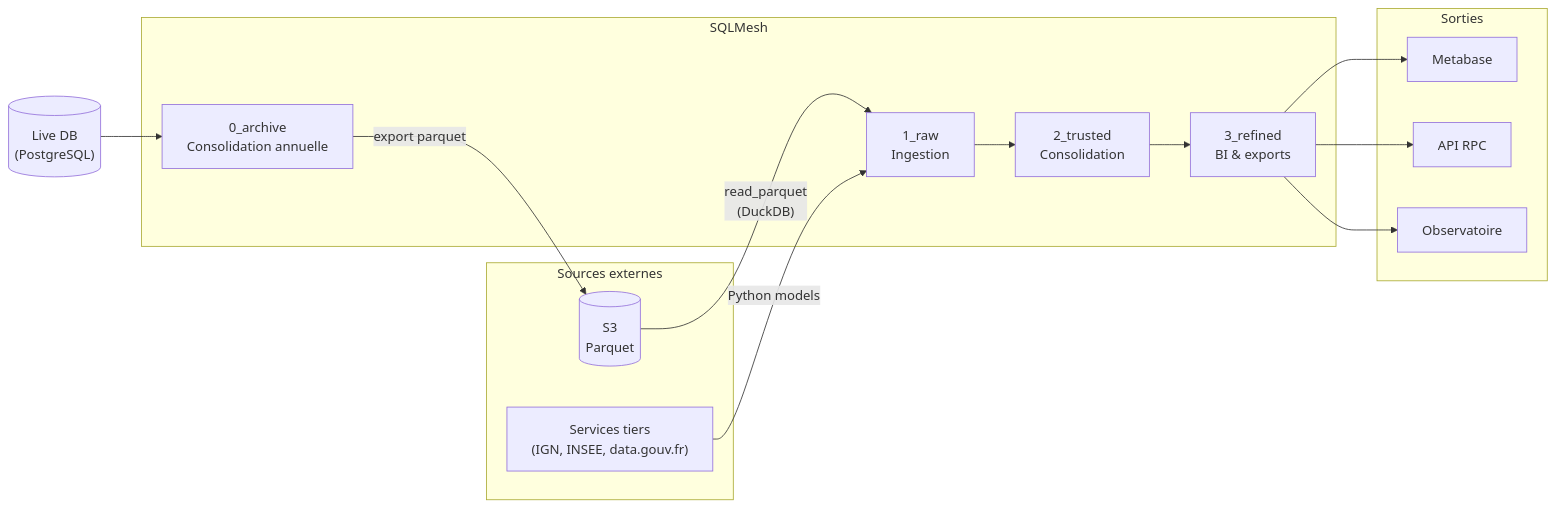
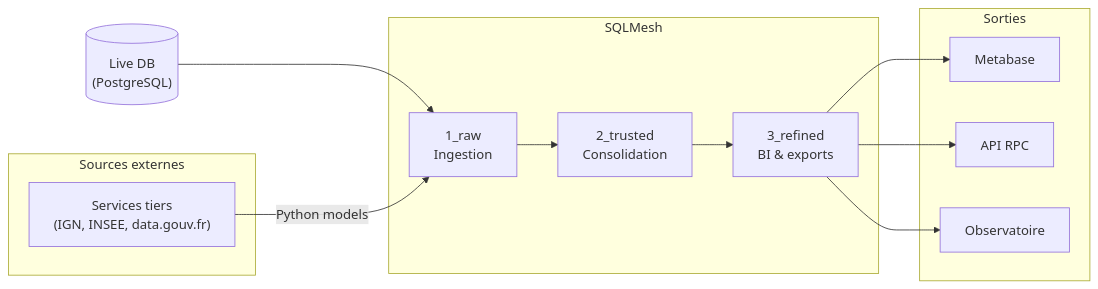
The diagram in sqlmesh/README.md (covoiturage-gouv-fr/mono), drawn with Mermaid before and after one commit. The commit also changed other lines of this file and 74 other files, not shown here.

````diff
--- a/sqlmesh/README.md
+++ b/sqlmesh/README.md
@@ -42,30 +42,26 @@
 ```mermaid
 flowchart LR
   subgraph sources["Sources externes"]
     tiers["Services tiers\n(IGN, INSEE, data.gouv.fr)"]
-    s3[("S3\nParquet")]
   end
 
   subgraph sqlmesh["SQLMesh"]
-    archive["0_archive\nConsolidation annuelle"]
     raw["1_raw\nIngestion"]
     trusted["2_trusted\nConsolidation"]
     refined["3_refined\nBI & exports"]
   end
 
   subgraph outputs["Sorties"]
     metabase["Metabase"]
     api["API RPC"]
     obs["Observatoire"]
   end
 
-  live[("Live DB\n(PostgreSQL)")] --> archive
-  archive -->|"export parquet"| s3
-  s3 -->|"read_parquet\n(DuckDB)"| raw
+  live[("Live DB\n(PostgreSQL)")] --> raw
   tiers -->|"Python models"| raw
   raw --> trusted
   trusted --> refined
   refined --> metabase
   refined --> api
   refined --> obs
 ```
````
